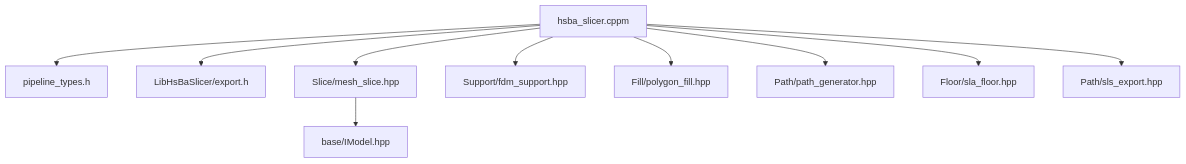
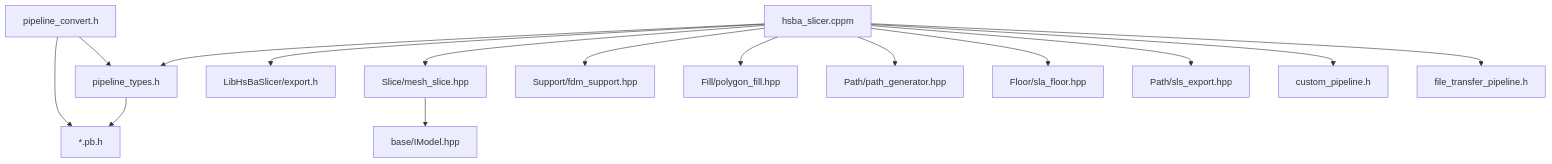
Before and after one commit to hsmbanlance/HsBaSlicer: the ninth of 9 diagrams in .qoder/repowiki/en/content/Core Architecture/Pipeline Types Abstraction.md, drawn with Mermaid. The commit also changed other lines of this file and 14 other files, not shown here.

````diff
--- a/.qoder/repowiki/en/content/Core Architecture/Pipeline Types Abstraction.md
+++ b/.qoder/repowiki/en/content/Core Architecture/Pipeline Types Abstraction.md
@@ -351,12 +503,17 @@
 ```mermaid
 graph TB
 MOD["hsba_slicer.cppm"] --> TYPES["pipeline_types.h"]
 MOD --> LIB_EXPORT["LibHsBaSlicer/export.h"]
 MOD --> SLICE["Slice/mesh_slice.hpp"]
 MOD --> SUPPORT["Support/fdm_support.hpp"]
 MOD --> FILL["Fill/polygon_fill.hpp"]
 MOD --> PATH["Path/path_generator.hpp"]
 MOD --> FLOOR["Floor/sla_floor.hpp"]
 MOD --> SLS["Path/sls_export.hpp"]
+MOD --> CUSTOM["custom_pipeline.h"]
+MOD --> FILEXFER["file_transfer_pipeline.h"]
+TYPES --> PROTO["*.pb.h"]
+PROTOSER["pipeline_convert.h"] --> PROTO
+PROTOSER --> TYPES
 SLICE --> IMODEL["base/IModel.hpp"]
 ```
````
